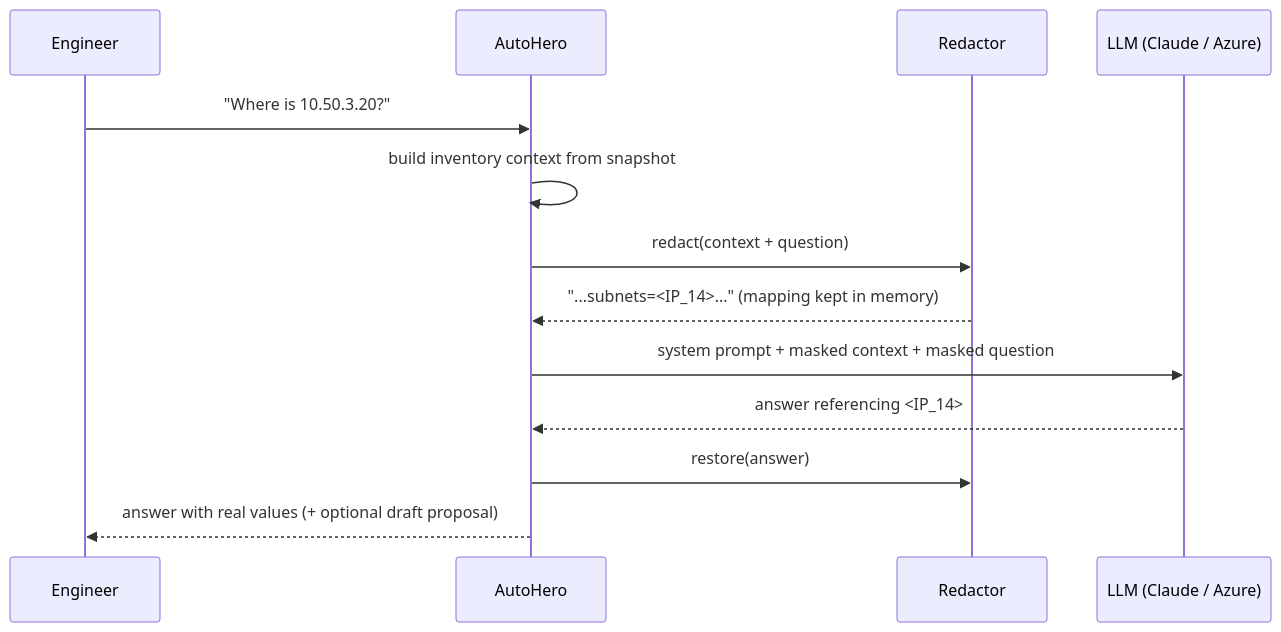
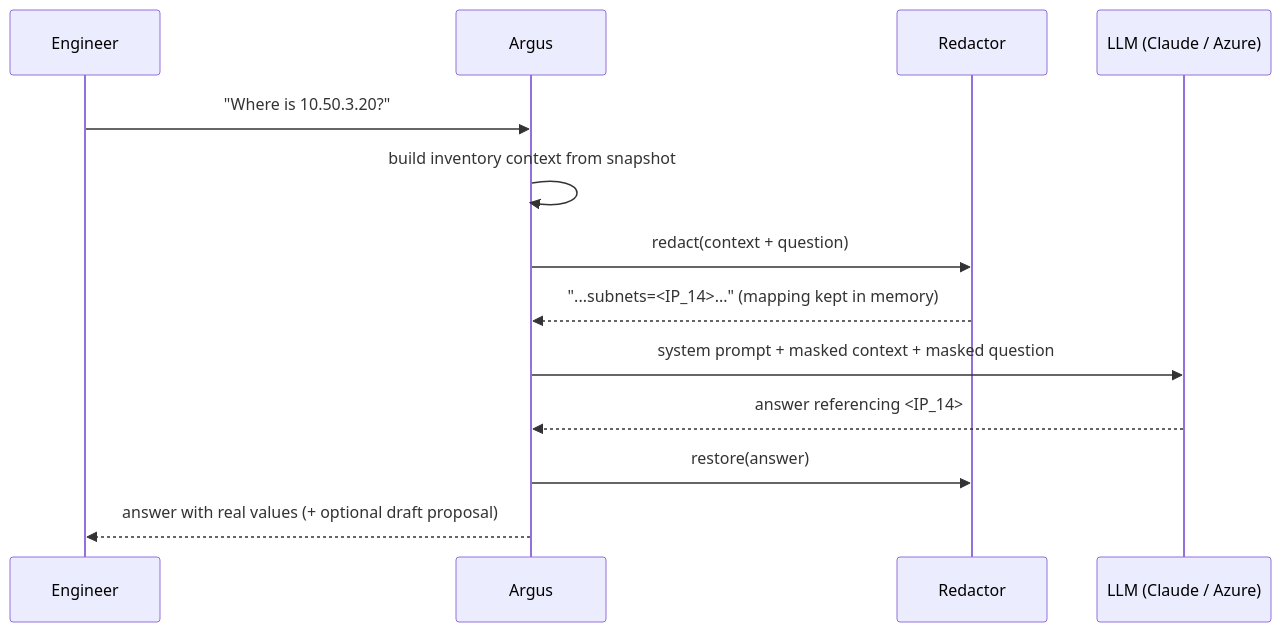
One commit to youhana-sobhy/Argus changed the fifth of 6 diagrams in docs/ARCHITECTURE.md. Above: the diagram before and after it, drawn with Mermaid. The commit also changed other lines of this file and 97 other files, not shown here.

First line of the commit message:
Rename AutoHero to Argus

````diff
--- a/docs/ARCHITECTURE.md
+++ b/docs/ARCHITECTURE.md
@@ -184,15 +184,15 @@
 ```mermaid
 sequenceDiagram
   participant U as Engineer
-  participant A as AutoHero
+  participant A as Argus
   participant R as Redactor
   participant L as LLM (Claude / Azure)
   U->>A: "Where is 10.50.3.20?"
   A->>A: build inventory context from snapshot
   A->>R: redact(context + question)
   R-->>A: "...subnets=<IP_14>..." (mapping kept in memory)
   A->>L: system prompt + masked context + masked question
   L-->>A: answer referencing <IP_14>
   A->>R: restore(answer)
   A-->>U: answer with real values (+ optional draft proposal)
 ```
````
